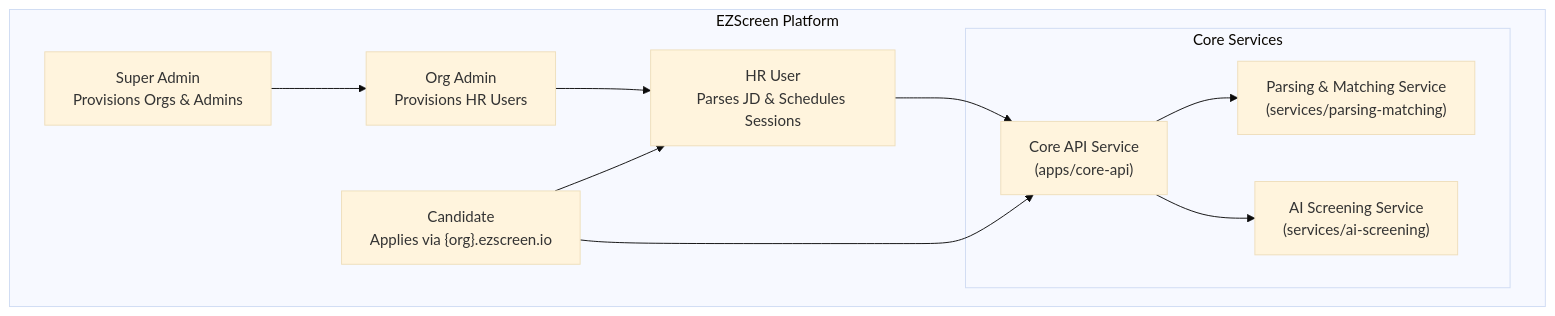
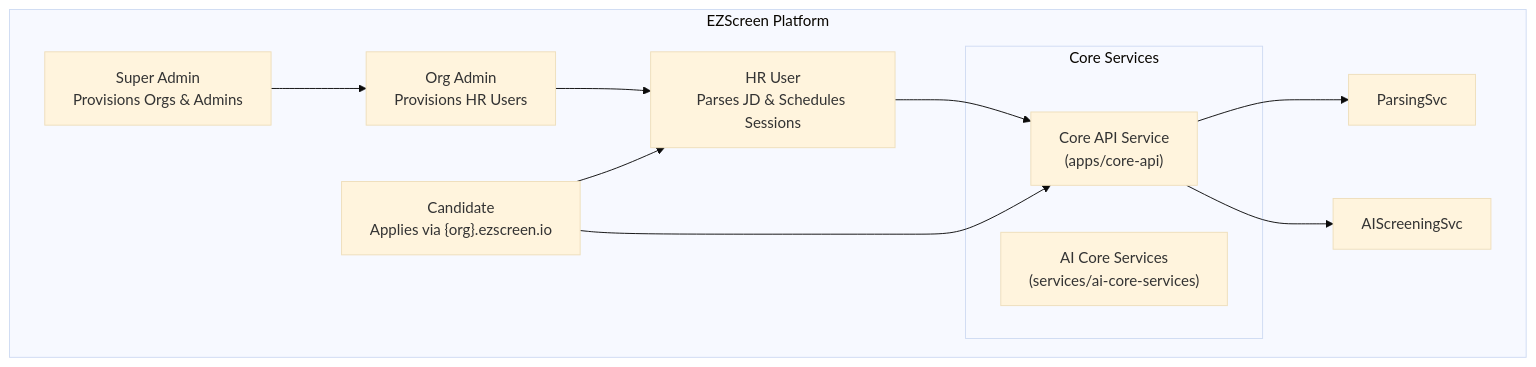
The first of 4 diagrams in docs/requirements/AI_SCREENING_REQUIREMENTS.md (joshsoftware/EZScreen), drawn with Mermaid (base theme) before and after one commit. The commit also changed other lines of this file and 6 other files, not shown here.

````diff
--- a/docs/requirements/AI_SCREENING_REQUIREMENTS.md
+++ b/docs/requirements/AI_SCREENING_REQUIREMENTS.md
@@ -44,23 +44,22 @@
 ```mermaid
 flowchart TD
     subgraph EZScreen["EZScreen Platform"]
         SuperAdmin["Super Admin<br/>Provisions Orgs & Admins"]
         OrgAdmin["Org Admin<br/>Provisions HR Users"]
         HR["HR User<br/>Parses JD & Schedules Sessions"]
         Cand["Candidate<br/>Applies via {org}.ezscreen.io"]
         
         SuperAdmin --> OrgAdmin --> HR
         Cand --> HR
         
         subgraph CoreServices["Core Services"]
             CoreAPI["Core API Service<br/>(apps/core-api)"]
-            ParsingSvc["Parsing & Matching Service<br/>(services/parsing-matching)"]
-            AIScreeningSvc["AI Screening Service<br/>(services/ai-screening)"]
+            AICoreSvc["AI Core Services<br/>(services/ai-core-services)"]
         end
         
         HR --> CoreAPI
         Cand --> CoreAPI
         CoreAPI --> ParsingSvc
         CoreAPI --> AIScreeningSvc
     end
 ```
````
